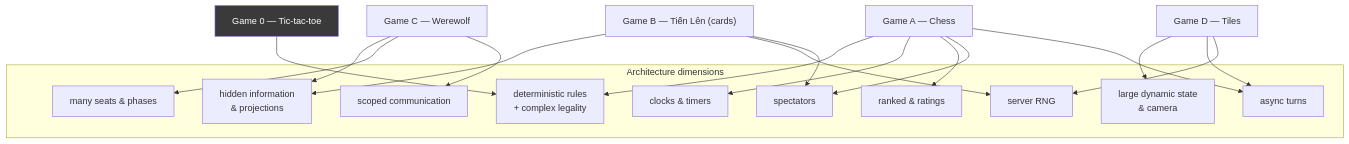
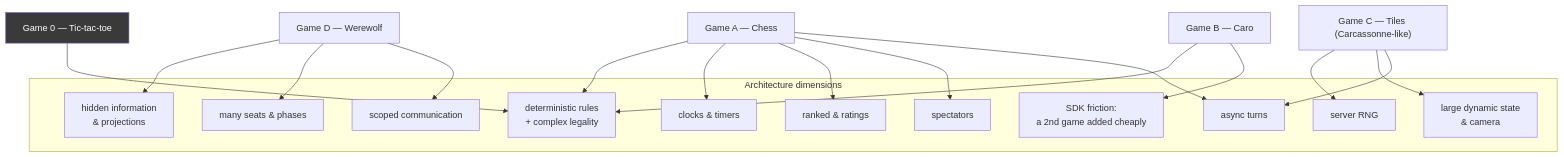
The diagram in docs/architecture/08-first-games-validation-plan.md (loveoverflowcom/tabula), drawn with Mermaid before and after one commit. The commit also changed other lines of this file and 22 other files, not shown here.

Commit message:
Add Caro game and update game contracts

````diff
--- a/docs/architecture/08-first-games-validation-plan.md
+++ b/docs/architecture/08-first-games-validation-plan.md
@@ -13,21 +25,22 @@
 ```mermaid
 flowchart TB
     subgraph DIM["Architecture dimensions"]
         D1["deterministic rules<br/>+ complex legality"]
         D2["clocks & timers"]
         D3["hidden information<br/>& projections"]
         D4["server RNG"]
         D5["many seats & phases"]
         D6["scoped communication"]
         D7["large dynamic state<br/>& camera"]
         D8["async turns"]
         D9["ranked & ratings"]
         D10["spectators"]
+        D11["SDK friction:<br/>a 2nd game added cheaply"]
     end
     A["Game A — Chess"] --> D1 & D2 & D9 & D10 & D8
-    B["Game B — Tiến Lên (cards)"] --> D3 & D4 & D10
-    C["Game C — Werewolf"] --> D3 & D5 & D6
-    E["Game D — Tiles"] --> D7 & D8 & D4
+    B["Game B — Caro"] --> D1 & D11
+    C["Game C — Tiles (Carcassonne-like)"] --> D4 & D7 & D8
+    E["Game D — Werewolf"] --> D3 & D5 & D6
     T["Game 0 — Tic-tac-toe"] --> D1
     style T fill:#3a3a3a,color:#fff
 ```
````
